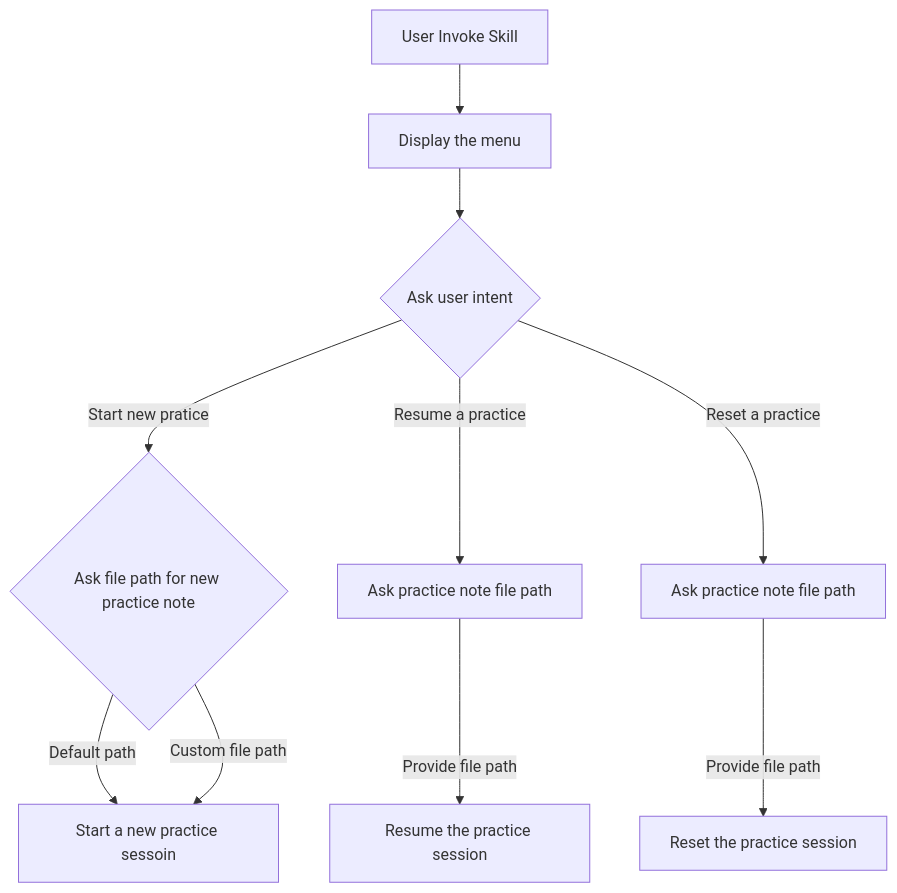
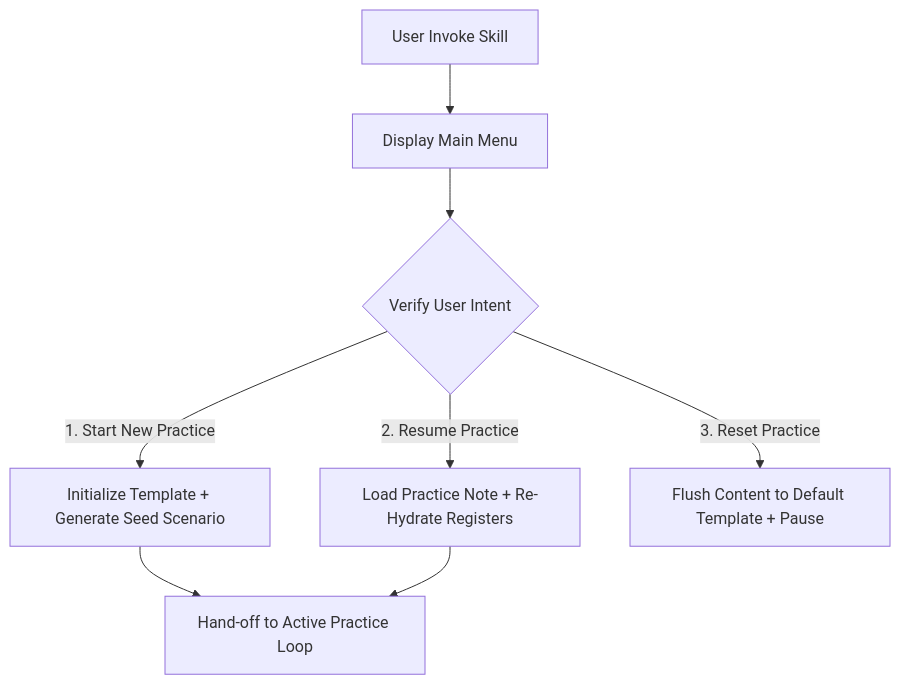
The third of 4 diagrams in docs/architecture-log.md (MyNameIsTakenOMG/my-coaches), drawn with Mermaid before and after one commit. The commit also changed other lines of this file, not shown here.

Commit message:
docs: correct context boundaries, redesign practice session model to reflect hub-and-spoke sub-protocol routing engine in architecture-log.md

````diff
--- a/docs/architecture-log.md
+++ b/docs/architecture-log.md
@@ -121,12 +112,9 @@
 ```mermaid
 flowchart TD
-    A[User Invoke Skill] -->B[Display the menu]
-    B --> C{Ask user intent}
-    C --> | Start new pratice | D{Ask file path for new practice note}
-    D --> | Default path | G[Start a new practice session]
-    D --> | Custom file path | G[Start a new practice sessoin]
-    C --> | Resume a practice | E[Ask practice note file path]
-    E --> | Provide file path | H[Resume the practice session]
-    C --> | Reset a practice | F[Ask practice note file path]
-    F --> | Provide file path | I[Reset the practice session]
+    A[User Invoke Skill] --> B[Display Main Menu]
+    B --> C{Verify User Intent}
+    C --> | 1. Start New Practice | D[Initialize Template + Generate Seed Scenario]
+    C --> | 2. Resume Practice | E[Load Practice Note + Re-Hydrate Registers]
+    C --> | 3. Reset Practice | F[Flush Content to Default Template + Pause]
+    D & E --> G[Hand-off to Active Practice Loop]
 ```
````
